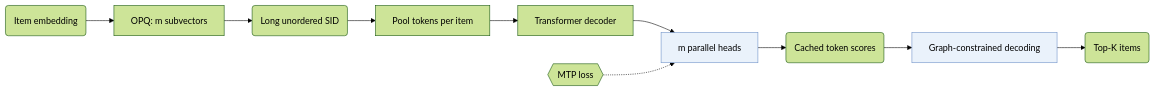
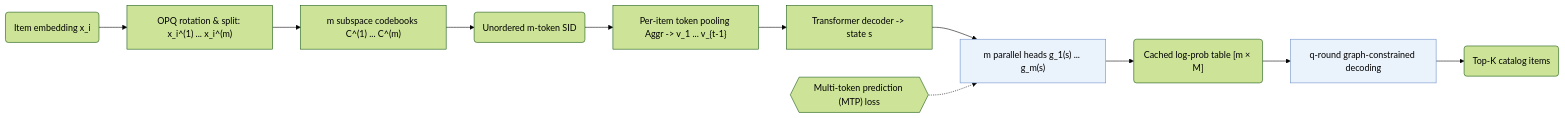
One commit to Galaxy-ghost/Awesome-SID-Generative-Rec changed the second of 4 diagrams in pages/papers/rpg.md. Above: the diagram before and after it, drawn with Mermaid (forest theme). The commit also changed other lines of this file and 649 other files, not shown here.

Commit message:
writer-05: also tags and modality index (schema, check, build, visuals); summary field removed; calibration data for 12 papers

````diff
--- a/pages/papers/rpg.md
+++ b/pages/papers/rpg.md
@@ -57,13 +68,14 @@
 ```mermaid
 flowchart LR
-    A("Item embedding") --> B["OPQ: m subvectors"]
-    B --> C("Long unordered SID")
-    C --> D["Pool tokens per item"]
-    D --> E["Transformer decoder"]
-    E --> F["m parallel heads"]:::key
-    L1{{"MTP loss"}} -.-> F
-    F --> G("Cached token scores")
-    G --> H["Graph-constrained decoding"]:::key
-    H --> I("Top-K items")
+    A("Item embedding x_i") --> B["OPQ rotation & split: x_i^(1) ... x_i^(m)"]
+    B --> C["m subspace codebooks C^(1) ... C^(m)"]
+    C --> D("Unordered m-token SID")
+    D --> P["Per-item token pooling Aggr -> v_1 ... v_{t-1}"]
+    P --> E["Transformer decoder -> state s"]
+    E --> F["m parallel heads g_1(s) ... g_m(s)"]:::key
+    L1{{"Multi-token prediction (MTP) loss"}} -.-> F
+    F --> G("Cached log-prob table [m × M]")
+    G --> H["q-round graph-constrained decoding"]:::key
+    H --> I("Top-K catalog items")
     classDef key fill:#eaf2fb,stroke:#6b8fc7
 ```
````
